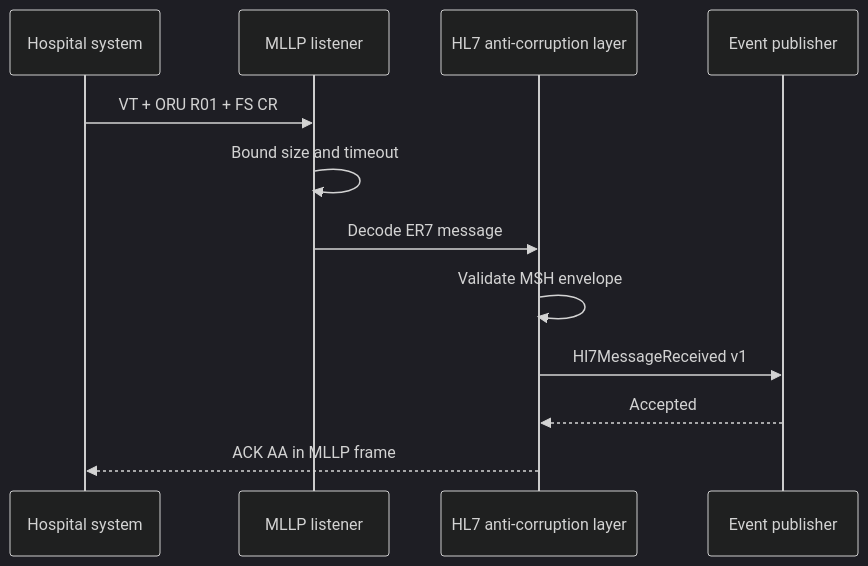
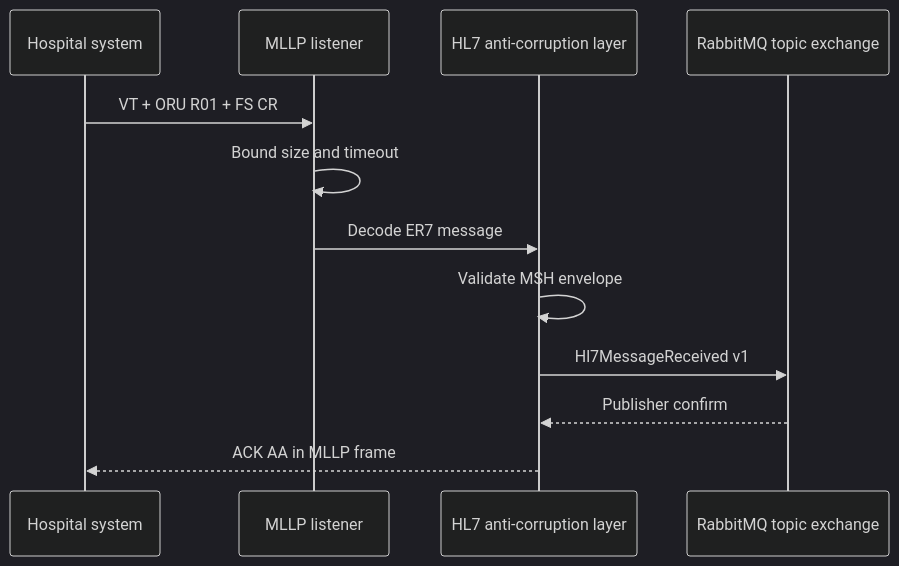
The second of 3 diagrams in docs/architecture/overview.md (HasdrubalTn/pulseguard-platform), drawn with Mermaid (dark theme) before and after one commit. The commit also changed other lines of this file and 24 other files, not shown here.

````diff
--- a/docs/architecture/overview.md
+++ b/docs/architecture/overview.md
@@ -50,15 +50,15 @@
 ```mermaid
 sequenceDiagram
     participant HIS as Hospital system
     participant MLLP as MLLP listener
     participant ACL as HL7 anti-corruption layer
-    participant BUS as Event publisher
+    participant BUS as RabbitMQ topic exchange
 
     HIS->>MLLP: VT + ORU R01 + FS CR
     MLLP->>MLLP: Bound size and timeout
     MLLP->>ACL: Decode ER7 message
     ACL->>ACL: Validate MSH envelope
     ACL->>BUS: Hl7MessageReceived v1
-    BUS-->>ACL: Accepted
+    BUS-->>ACL: Publisher confirm
     ACL-->>HIS: ACK AA in MLLP frame
 ```
````
